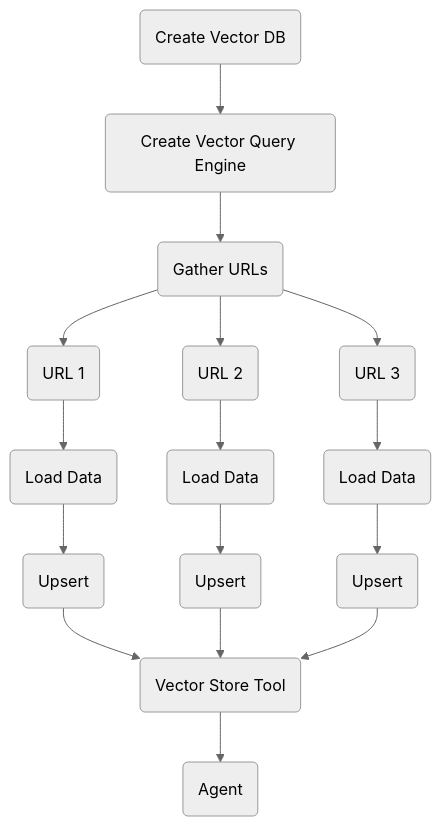
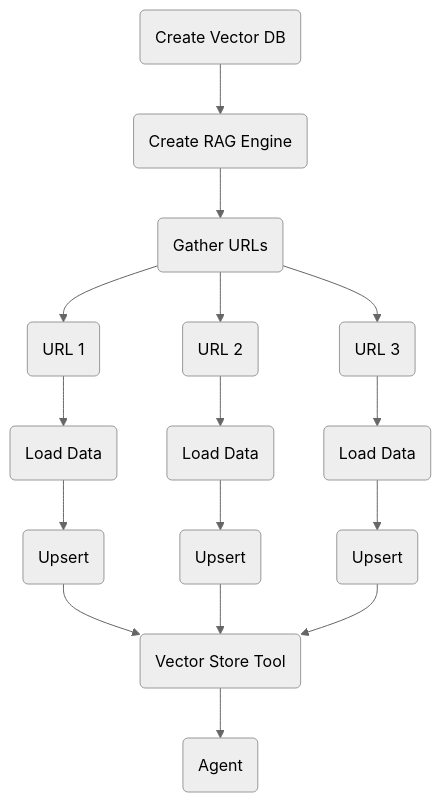
The diagram in docs/courses/shotgrid-tool/08_vectorized_docs.md (griptape-ai/griptape-trade-school), drawn with Mermaid (neutral theme) before and after one commit. The commit also changed other lines of this file and 33 other files, not shown here.

````diff
--- a/docs/courses/shotgrid-tool/08_vectorized_docs.md
+++ b/docs/courses/shotgrid-tool/08_vectorized_docs.md
@@ -36,23 +36,23 @@
 ``` mermaid
 graph TB
     A(Create Vector DB)
-    B(Create Vector Query Engine)
+    B(Create RAG Engine)
     C(Gather URLs)
     D(URL 1)
     E(URL 2)
     F(URL 3)
     G(Load Data)
     H(Load Data)
     I(Load Data)
     J(Upsert)
     K(Upsert)
     L(Upsert)
     M(Vector Store Tool)
     N(Agent)
     A --> B --> C
     C --> D --> G --> J --> M
     C --> E --> H --> K --> M
     C --> F --> I --> L --> M
     M --> N
     
 ```
````
